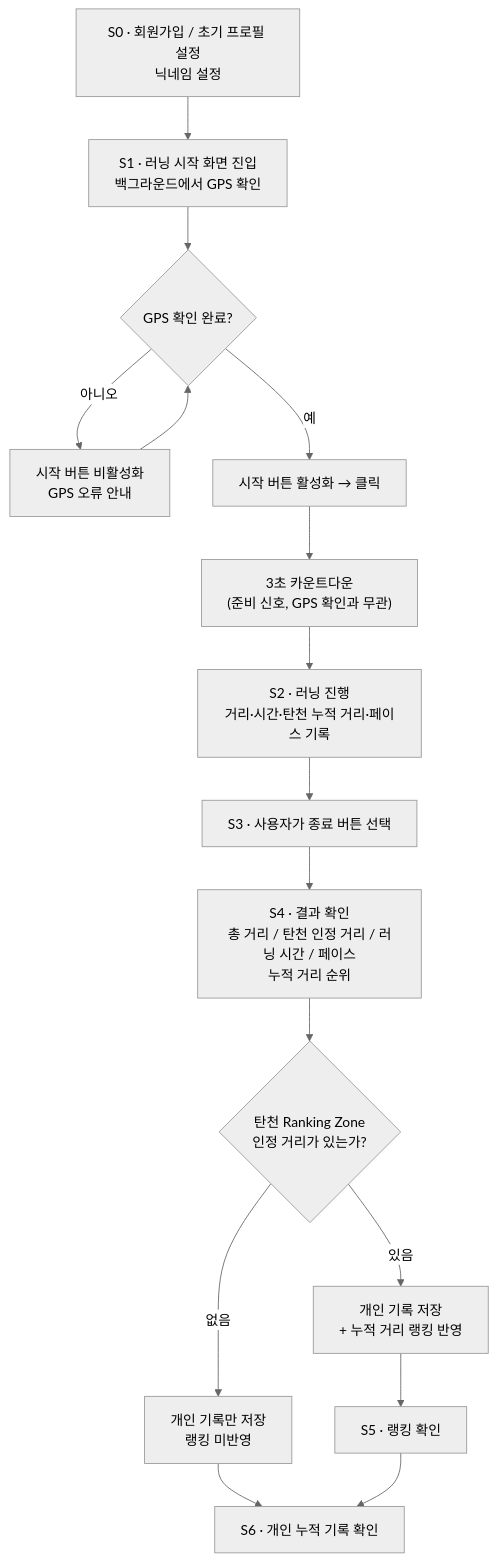
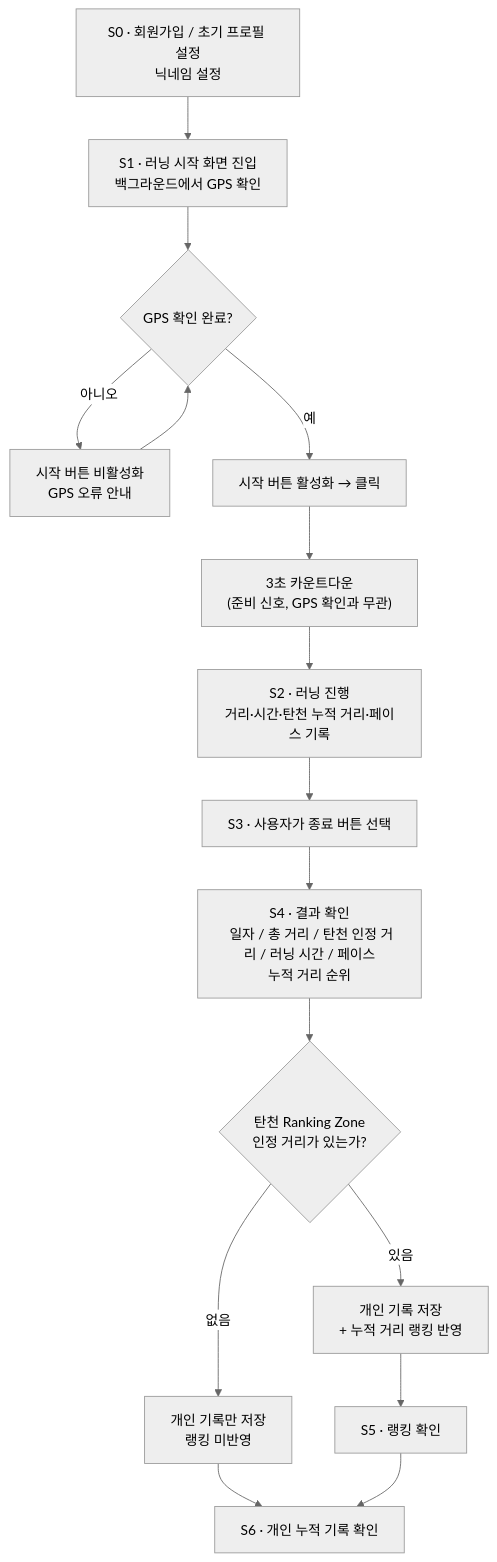
Before and after one commit to NextComm1T/project_planning_2: the diagram in docs/02-workflow.md, drawn with Mermaid (neutral theme). The commit also changed other lines of this file, not shown here.

Commit message:
Add date to results confirmation in workflow
Updated the workflow documentation to include the date in the results confirmation section.

````diff
--- a/docs/02-workflow.md
+++ b/docs/02-workflow.md
@@ -38,28 +38,28 @@
 ```mermaid
 flowchart TD
     S0["S0 · 회원가입 / 초기 프로필 설정<br/>닉네임 설정"]
     --> S1["S1 · 러닝 시작 화면 진입<br/>백그라운드에서 GPS 확인"]
 
     S1 --> G{"GPS 확인 완료?"}
 
     G -->|아니오| E["시작 버튼 비활성화<br/>GPS 오류 안내"]
     E --> G
 
     G -->|예| B["시작 버튼 활성화 → 클릭"]
     B --> C["3초 카운트다운<br/>(준비 신호, GPS 확인과 무관)"]
     C --> S2["S2 · 러닝 진행<br/>거리·시간·탄천 누적 거리·페이스 기록"]
 
     S2 --> S3["S3 · 사용자가 종료 버튼 선택"]
 
-    S3 --> S4["S4 · 결과 확인<br/>총 거리 / 탄천 인정 거리 / 러닝 시간 / 페이스<br/>누적 거리 순위"]
+    S3 --> S4["S4 · 결과 확인<br/> 일자 / 총 거리 / 탄천 인정 거리 / 러닝 시간 / 페이스<br/>누적 거리 순위"]
 
     S4 --> R{"탄천 Ranking Zone<br/>인정 거리가 있는가?"}
 
     R -->|있음| R1["개인 기록 저장<br/>+ 누적 거리 랭킹 반영"]
     R -->|없음| R2["개인 기록만 저장<br/>랭킹 미반영"]
 
     R1 --> S5["S5 · 랭킹 확인"]
     R2 --> S6["S6 · 개인 누적 기록 확인"]
 
     S5 --> S6
 ```
````
